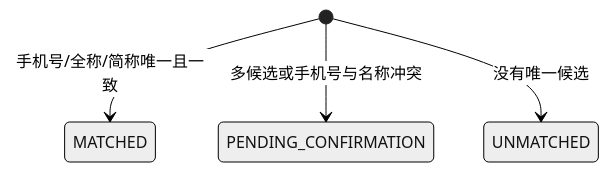
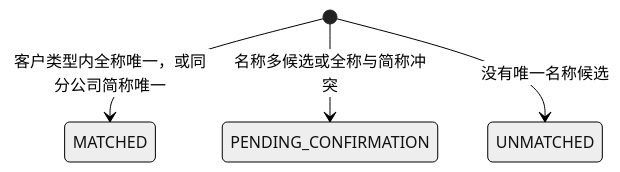
The fifth of 8 diagrams in docs/design/04-state-machines.md (ChenWang08/ordershow), drawn with Mermaid (neutral theme) before and after one commit. The commit also changed other lines of this file and 22 other files, not shown here.

````diff
--- a/docs/design/04-state-machines.md
+++ b/docs/design/04-state-machines.md
@@ -186,6 +208,6 @@
 ```mermaid
 stateDiagram-v2
-  [*] --> MATCHED: 手机号/全称/简称唯一且一致
-  [*] --> PENDING_CONFIRMATION: 多候选或手机号与名称冲突
-  [*] --> UNMATCHED: 没有唯一候选
+  [*] --> MATCHED: 客户类型内全称唯一，或同分公司简称唯一
+  [*] --> PENDING_CONFIRMATION: 名称多候选或全称与简称冲突
+  [*] --> UNMATCHED: 没有唯一名称候选
 ```
````
